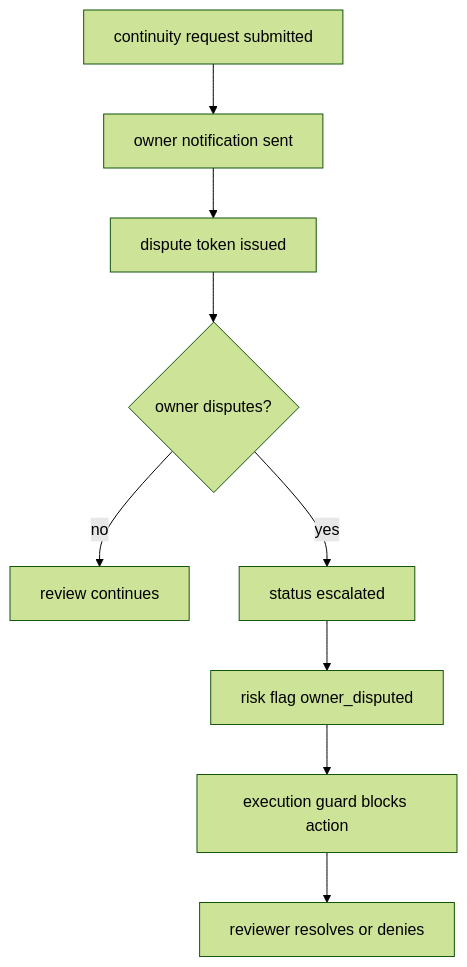
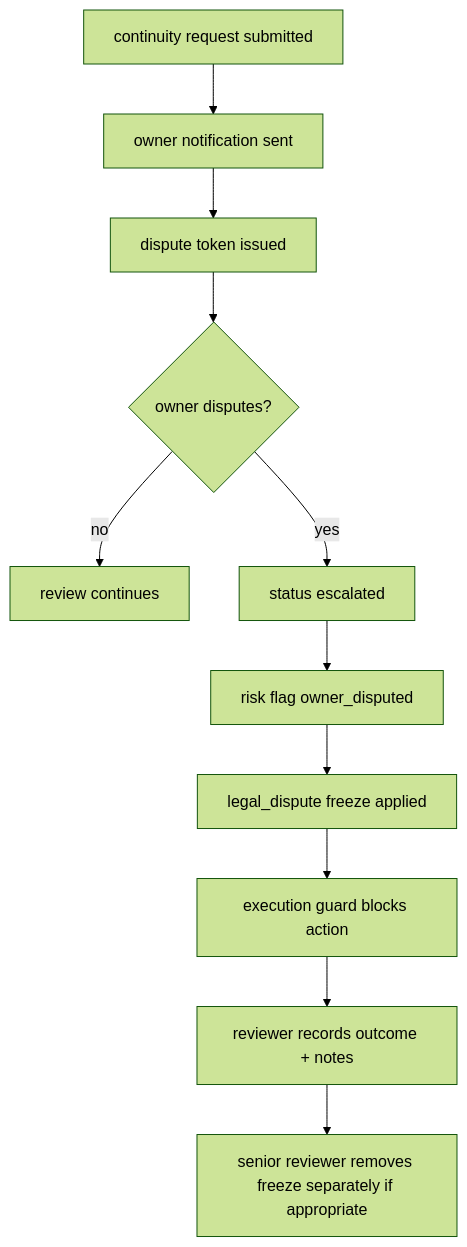
The second of 2 diagrams in docs/AssetSafe_Continuity_Legacy_Operations.md (AssetDocs/asset-docs), drawn with Mermaid (forest theme) before and after one commit. The commit also changed other lines of this file and 3 other files, not shown here.

````diff
--- a/docs/AssetSafe_Continuity_Legacy_Operations.md
+++ b/docs/AssetSafe_Continuity_Legacy_Operations.md
@@ -166,11 +166,13 @@
 ```mermaid
 flowchart TD
   A["continuity request submitted"] --> B["owner notification sent"]
   B --> C["dispute token issued"]
   C --> D{"owner disputes?"}
   D -- "no" --> E["review continues"]
   D -- "yes" --> F["status escalated"]
   F --> G["risk flag owner_disputed"]
-  G --> H["execution guard blocks action"]
-  H --> I["reviewer resolves or denies"]
+  G --> H["legal_dispute freeze applied"]
+  H --> I["execution guard blocks action"]
+  I --> J["reviewer records outcome + notes"]
+  J --> K["senior reviewer removes freeze separately if appropriate"]
 ```
````
